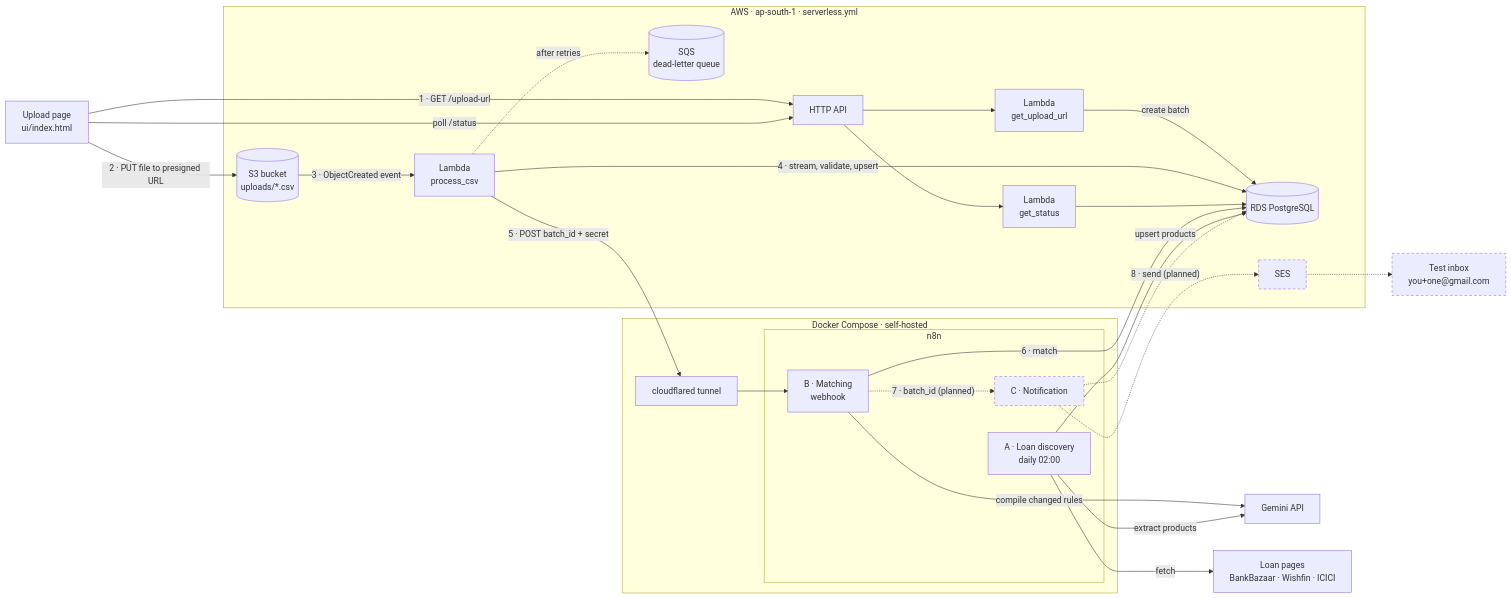
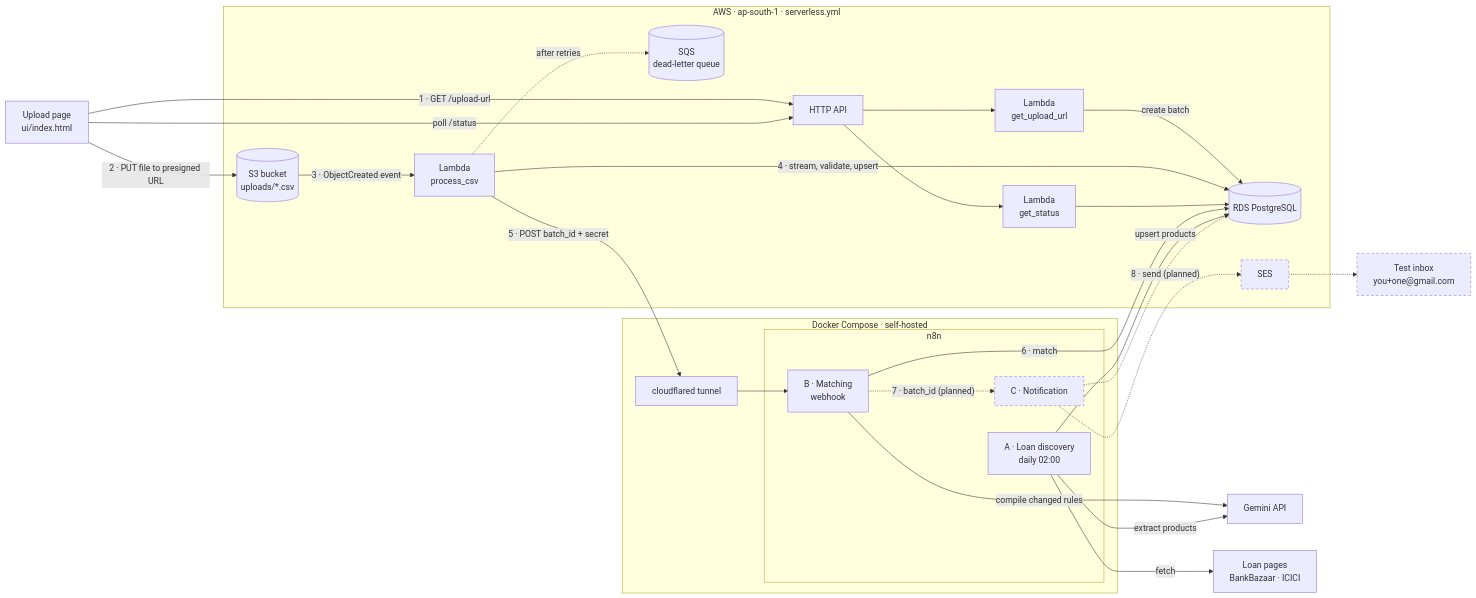
Before and after one commit to Vaibhavanandsingh/loan-eligibility-engine: the first of 3 diagrams in README.md, drawn with Mermaid. The commit also changed other lines of this file and 1 other file, not shown here.

First line of the commit message:
Disable the Wishfin crawl source

````diff
--- a/README.md
+++ b/README.md
@@ -41,53 +41,53 @@
 ```mermaid
 flowchart LR
   UI["Upload page<br/>ui/index.html"]
 
   subgraph AWS["AWS · ap-south-1 · serverless.yml"]
     API["HTTP API"]
     L1["Lambda<br/>get_upload_url"]
     L3["Lambda<br/>get_status"]
     S3[("S3 bucket<br/>uploads/*.csv")]
     L2["Lambda<br/>process_csv"]
     DLQ[("SQS<br/>dead-letter queue")]
     RDS[("RDS PostgreSQL")]
     SES["SES"]
   end
 
   subgraph DOCKER["Docker Compose · self-hosted"]
     TUN["cloudflared tunnel"]
     subgraph N8N["n8n"]
       A["A · Loan discovery<br/>daily 02:00"]
       B["B · Matching<br/>webhook"]
       C["C · Notification"]
     end
   end
 
   GEM["Gemini API"]
-  WEB["Loan pages<br/>BankBazaar · Wishfin · ICICI"]
+  WEB["Loan pages<br/>BankBazaar · ICICI"]
   INBOX["Test inbox<br/>you+one@gmail.com"]
 
   UI -- "1 · GET /upload-url" --> API
   API --> L1
   L1 -- "create batch" --> RDS
   UI -- "2 · PUT file to presigned URL" --> S3
   S3 -- "3 · ObjectCreated event" --> L2
   L2 -- "4 · stream, validate, upsert" --> RDS
   L2 -. "after retries" .-> DLQ
   L2 -- "5 · POST batch_id + secret" --> TUN
   TUN --> B
   UI -- "poll /status" --> API
   API --> L3
   L3 --> RDS
   B -- "6 · match" --> RDS
   B -- "compile changed rules" --> GEM
   A -- "fetch" --> WEB
   A -- "extract products" --> GEM
   A -- "upsert products" --> RDS
   B -. "7 · batch_id (planned)" .-> C
   C -.-> RDS
   C -. "8 · send (planned)" .-> SES
   SES -.-> INBOX
 
   classDef planned stroke-dasharray: 5 4
   class C,SES,INBOX planned
 ```
````
